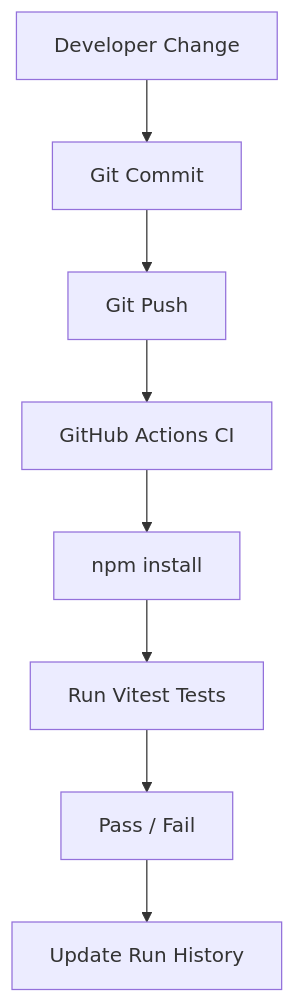
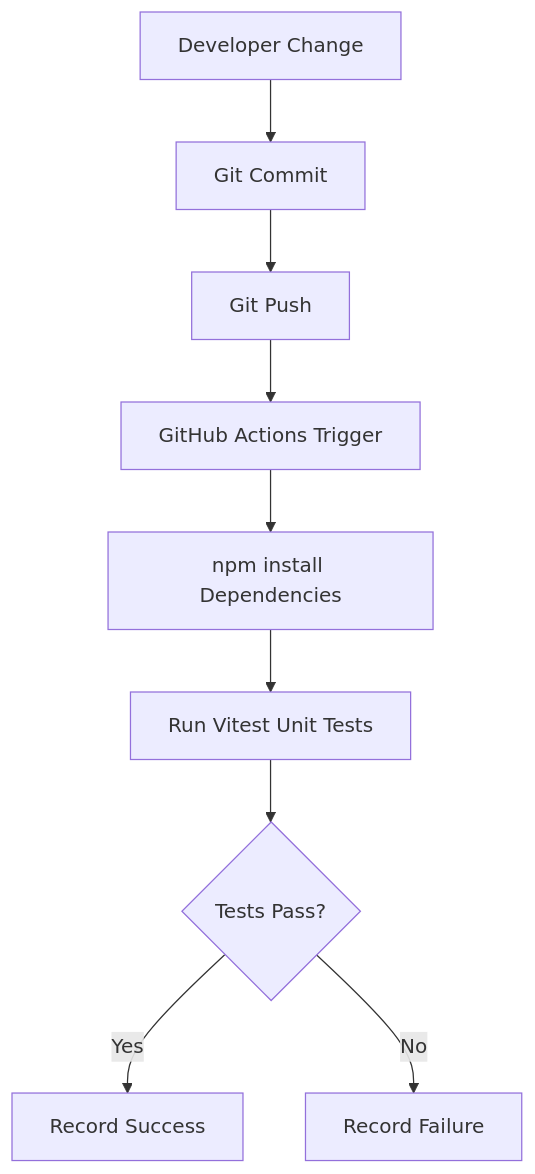
One commit to MIBoy54/careerops-platform changed the diagram in docs/architecture.md. Above: the diagram before and after it, drawn with Mermaid.

Commit message:
Fix Mermaid flow diagram

````diff
--- a/docs/architecture.md
+++ b/docs/architecture.md
@@ -23,10 +23,11 @@
 ```mermaid
 graph TD
 A[Developer Change] --> B[Git Commit]
 B --> C[Git Push]
-C --> D[GitHub Actions CI]
-D --> E[npm install]
-E --> F[Run Vitest Tests]
-F --> G[Pass / Fail]
-G --> H[Update Run History]
+C --> D[GitHub Actions Trigger]
+D --> E[npm install Dependencies]
+E --> F[Run Vitest Unit Tests]
+F --> G{Tests Pass?}
+G -->|Yes| H[Record Success]
+G -->|No| I[Record Failure]
 ```
````
